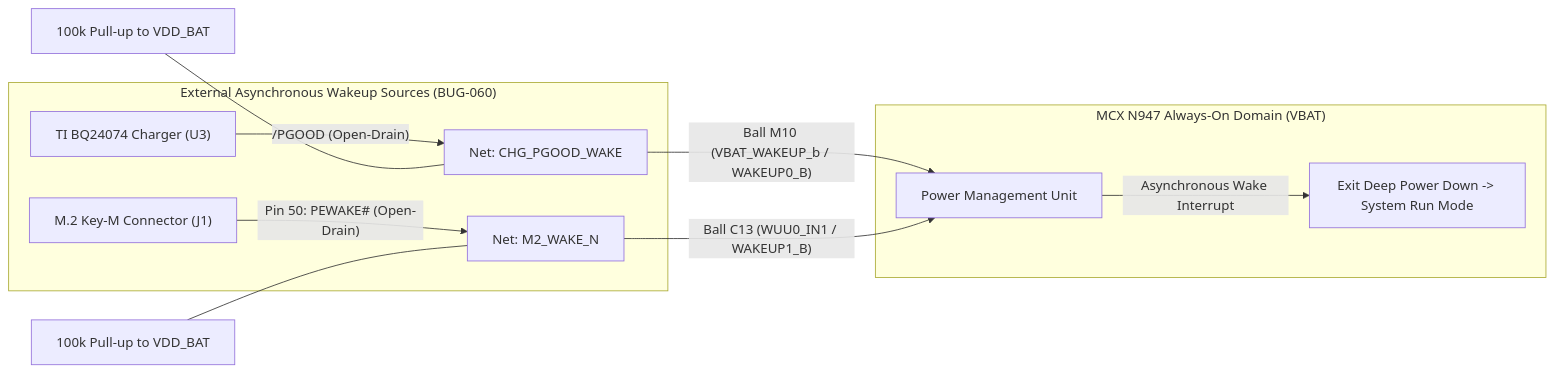
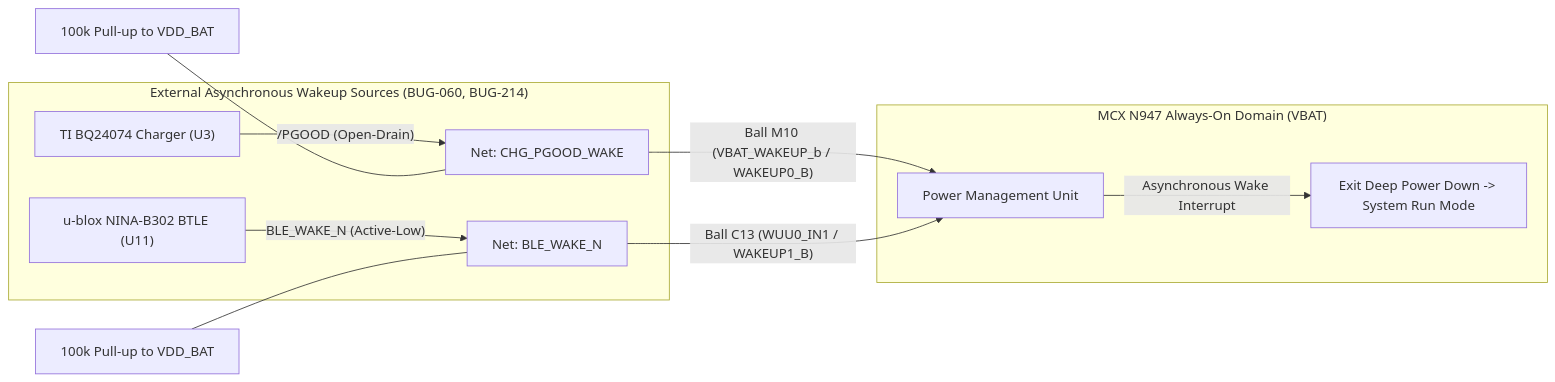
One commit to picklethecat1488-hue/hardware changed the second of 3 diagrams in src/projects/carrier_board/docs/downselection_report.md. Above: the diagram before and after it, drawn with Mermaid. The commit also changed other lines of this file and 59 other files, not shown here.

Commit message:
fix(carrier_board,vcs): resolve BUG-222..231 and CR feedback for BLE module, SWD recovery, and dashboard

````diff
--- a/src/projects/carrier_board/docs/downselection_report.md
+++ b/src/projects/carrier_board/docs/downselection_report.md
@@ -133,16 +134,16 @@
 ```mermaid
 flowchart LR
-    subgraph Wakeup_Sources["External Asynchronous Wakeup Sources (BUG-060)"]
+    subgraph Wakeup_Sources["External Asynchronous Wakeup Sources (BUG-060, BUG-214)"]
         CHG["TI BQ24074 Charger (U3)"] -->|"/PGOOD (Open-Drain)"| W0["Net: CHG_PGOOD_WAKE"]
-        M2["M.2 Key-M Connector (J1)"] -->|"Pin 50: PEWAKE# (Open-Drain)"| W1["Net: M2_WAKE_N"]
+        BLE["u-blox NINA-B302 BTLE (U11)"] -->|"BLE_WAKE_N (Active-Low)"| W1["Net: BLE_WAKE_N"]
     end
 
     subgraph MCXN947_AON["MCX N947 Always-On Domain (VBAT)"]
         W0 -->|"Ball M10 (VBAT_WAKEUP_b / WAKEUP0_B)"| PMU["Power Management Unit"]
         W1 -->|"Ball C13 (WUU0_IN1 / WAKEUP1_B)"| PMU
         PMU -->|"Asynchronous Wake Interrupt"| WAKE["Exit Deep Power Down -> System Run Mode"]
     end
 
     PU0["100k Pull-up to VDD_BAT"] --- W0
     PU1["100k Pull-up to VDD_BAT"] --- W1
 ```
````
